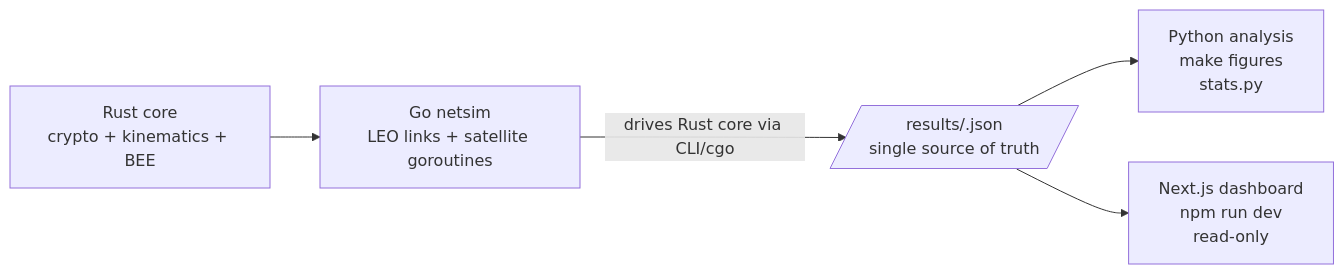
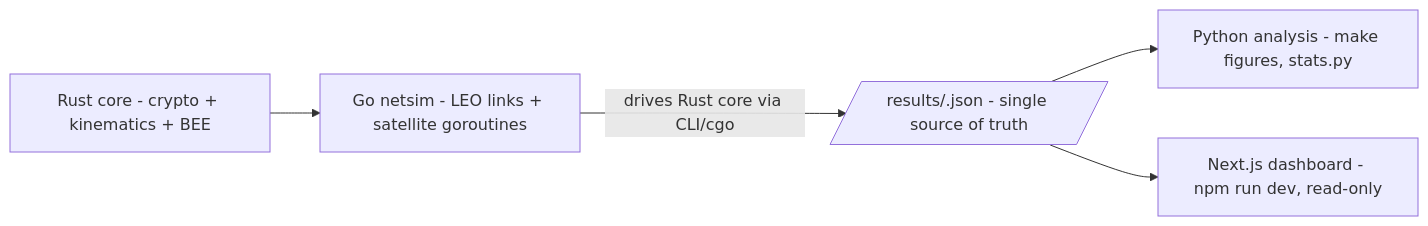
One commit to pd241008/ChaosSeal changed the second of 2 diagrams in README.md. Above: the diagram before and after it, drawn with Mermaid. The commit also changed other lines of this file, not shown here.

Commit message:
fix(README): simplify Mermaid diagrams for GitHub rendering

````diff
--- a/README.md
+++ b/README.md
@@ -50,7 +50,7 @@
 ```mermaid
 flowchart LR
-    A[Rust core<br>crypto + kinematics + BEE] --> B[Go netsim<br>LEO links + satellite goroutines]
-    B -->|drives Rust core via CLI/cgo| C[/results/<run_id>.json<br>single source of truth/]
-    C --> D[Python analysis<br>make figures<br>stats.py]
-    C --> E[Next.js dashboard<br>npm run dev<br>read-only]
+    A[Rust core - crypto + kinematics + BEE] --> B[Go netsim - LEO links + satellite goroutines]
+    B -->|drives Rust core via CLI/cgo| C[/results/<run_id>.json - single source of truth/]
+    C --> D[Python analysis - make figures, stats.py]
+    C --> E[Next.js dashboard - npm run dev, read-only]
 ```
````
